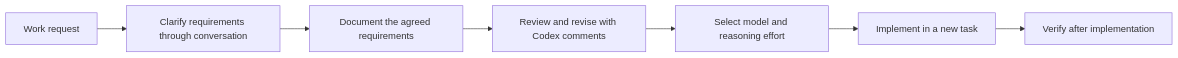
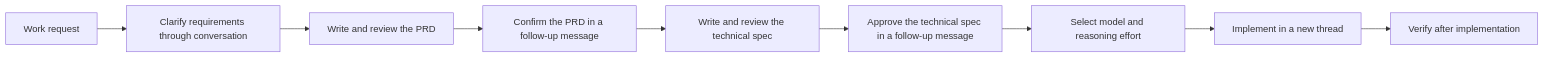
One commit to j-token/j-token-codex-workflow-kit changed the diagram in README.md. Above: the diagram before and after it, drawn with Mermaid. The commit also changed other lines of this file and 9 other files, not shown here.

````diff
--- a/README.md
+++ b/README.md
@@ -21,9 +21,11 @@
 ```mermaid
 flowchart LR
     A["Work request"] --> B["Clarify requirements through conversation"]
-    B --> C["Document the agreed requirements"]
-    C --> D["Review and revise with Codex comments"]
-    D --> E["Select model and reasoning effort"]
-    E --> F["Implement in a new task"]
-    F --> G["Verify after implementation"]
+    B --> C["Write and review the PRD"]
+    C --> D["Confirm the PRD in a follow-up message"]
+    D --> E["Write and review the technical spec"]
+    E --> F["Approve the technical spec in a follow-up message"]
+    F --> G["Select model and reasoning effort"]
+    G --> H["Implement in a new thread"]
+    H --> I["Verify after implementation"]
 ```
````
